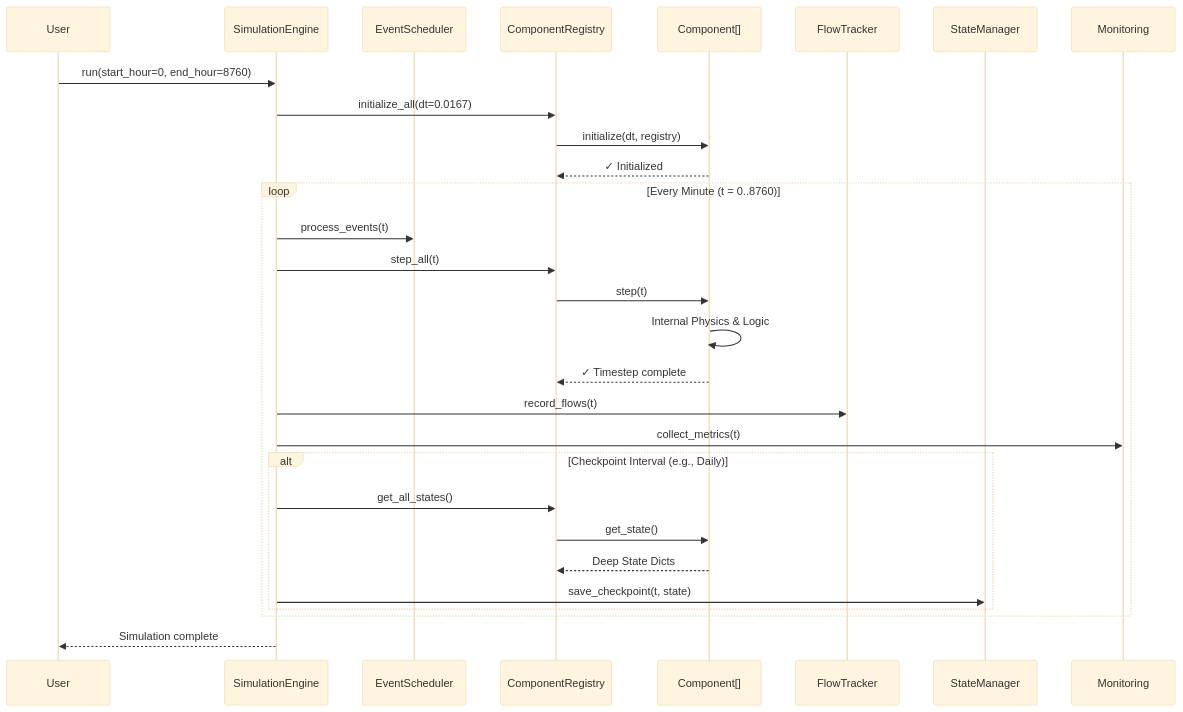
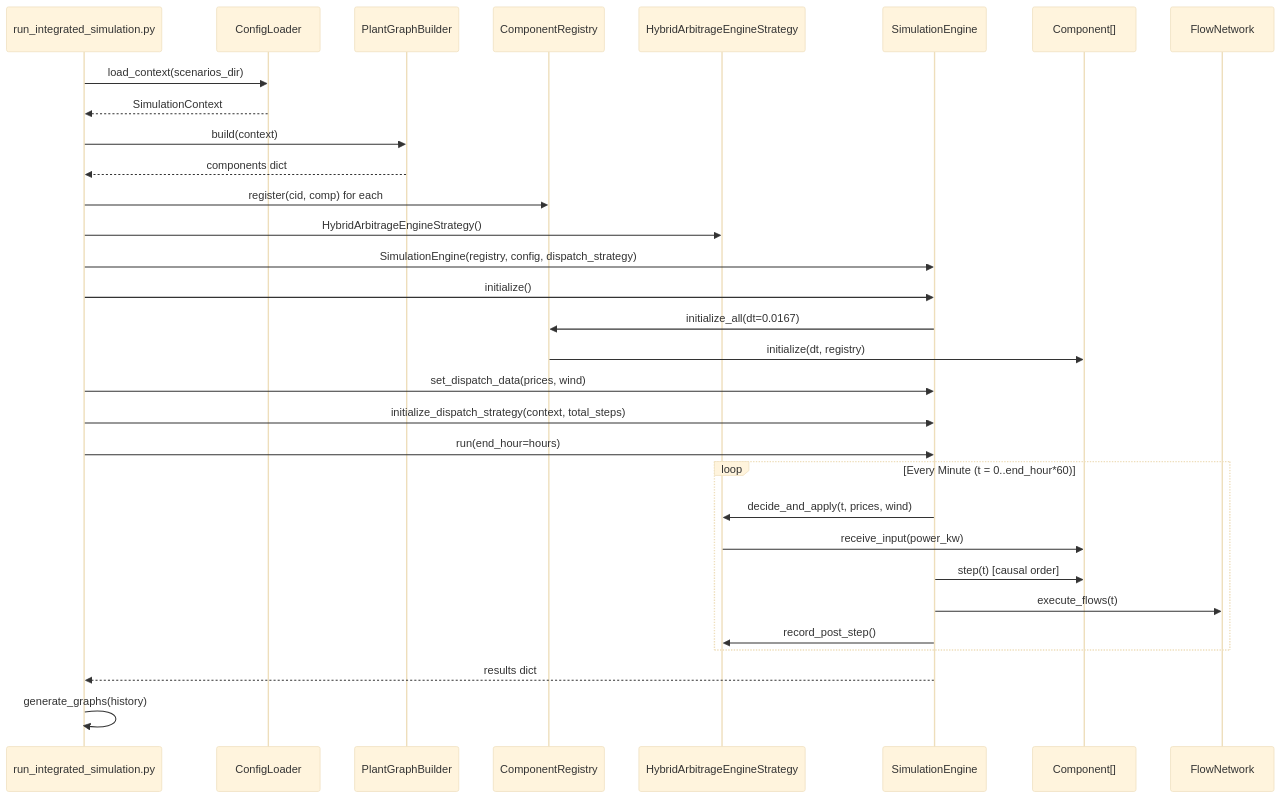
The diagram in docs/ARCHITECTURE.md (utczbr/h2_plant), drawn with Mermaid (base theme) before and after one commit. The commit also changed other lines of this file and 66 other files, not shown here.

Commit message:
graphs and docs

````diff
--- a/docs/ARCHITECTURE.md
+++ b/docs/ARCHITECTURE.md
@@ -36,36 +36,36 @@
 ```mermaid
 sequenceDiagram
-    participant User
-    participant SimEngine as SimulationEngine
-    participant EventSched as EventScheduler
+    participant CLI as run_integrated_simulation.py
+    participant Loader as ConfigLoader
+    participant Builder as PlantGraphBuilder
     participant Registry as ComponentRegistry
+    participant Strategy as HybridArbitrageEngineStrategy
+    participant Engine as SimulationEngine
     participant Components as Component[]
-    participant FlowTracker
-    participant StateManager
+    participant FlowNet as FlowNetwork
 
-    User->>SimEngine: run(start_hour=0, end_hour=8760)
-    SimEngine->>Registry: initialize_all(dt=0.0167)
+    CLI->>Loader: load_context(scenarios_dir)
+    Loader-->>CLI: SimulationContext
+    CLI->>Builder: build(context)
+    Builder-->>CLI: components dict
+    CLI->>Registry: register(cid, comp) for each
+    CLI->>Strategy: HybridArbitrageEngineStrategy()
+    CLI->>Engine: SimulationEngine(registry, config, dispatch_strategy)
+    CLI->>Engine: initialize()
+    Engine->>Registry: initialize_all(dt=0.0167)
     Registry->>Components: initialize(dt, registry)
-    Components-->>Registry: ✓ Initialized
+    CLI->>Engine: set_dispatch_data(prices, wind)
+    CLI->>Engine: initialize_dispatch_strategy(context, total_steps)
+    CLI->>Engine: run(end_hour=hours)
 
-    loop Every Minute (t = 0..8760)
-        SimEngine->>EventSched: process_events(t)
-        
-        SimEngine->>Registry: step_all(t)
-        Registry->>Components: step(t)
-        Components->>Components: Internal Physics & Logic
-        Components-->>Registry: ✓ Timestep complete
-        
-        SimEngine->>FlowTracker: record_flows(t)
-        SimEngine->>Monitoring: collect_metrics(t)
-        
-        alt Checkpoint Interval (e.g., Daily)
-            SimEngine->>Registry: get_all_states()
-            Registry->>Components: get_state()
-            Components-->>Registry: Deep State Dicts
-            SimEngine->>StateManager: save_checkpoint(t, state)
-        end
+    loop Every Minute (t = 0..end_hour*60)
+        Engine->>Strategy: decide_and_apply(t, prices, wind)
+        Strategy->>Components: receive_input(power_kw)
+        Engine->>Components: step(t) [causal order]
+        Engine->>FlowNet: execute_flows(t)
+        Engine->>Strategy: record_post_step()
     end
 
-    SimEngine-->>User: Simulation complete
+    Engine-->>CLI: results dict
+    CLI->>CLI: generate_graphs(history)
 ```
````
